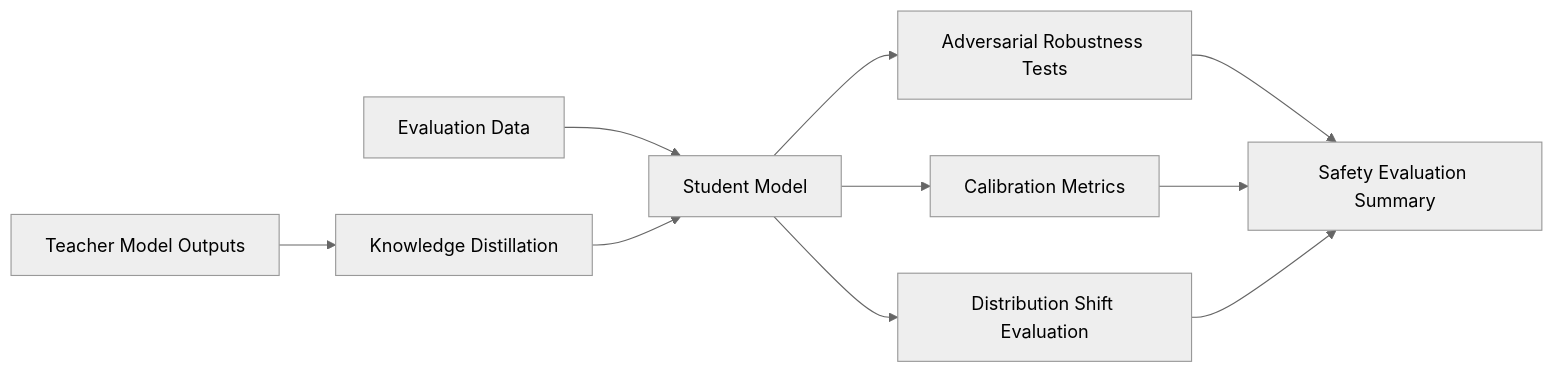
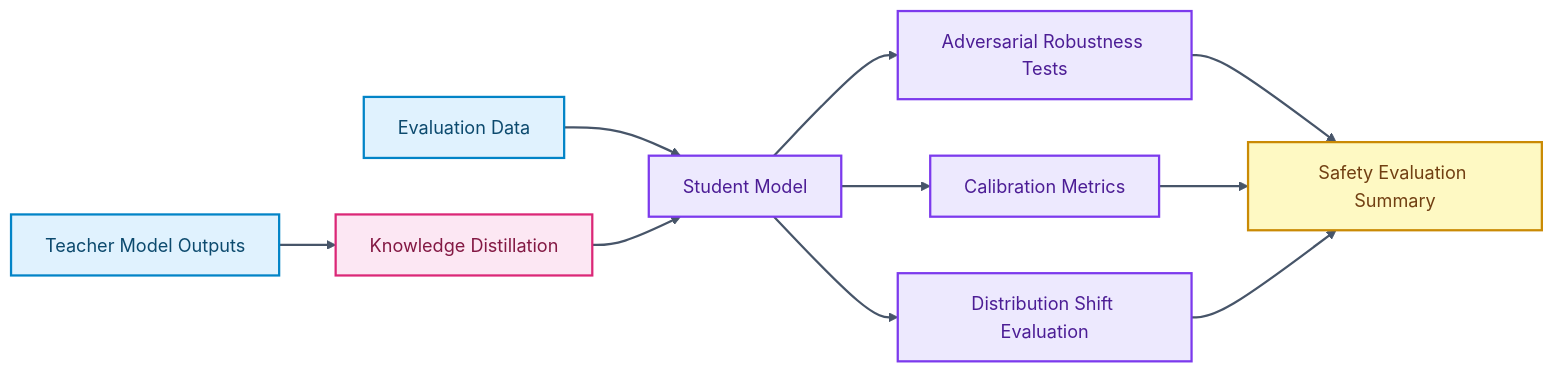
Before and after one commit to skx56/Knowledge-Distillation-Safety: the diagram in README.md, drawn with Mermaid (neutral theme).

Commit message:
Colorize README architecture diagram

````diff
--- a/README.md
+++ b/README.md
@@ -29,12 +29,23 @@
 ```mermaid
 flowchart LR
   Teacher["Teacher Model Outputs"] --> Distill["Knowledge Distillation"]
   Data["Evaluation Data"] --> Student["Student Model"]
   Distill --> Student
   Student --> Robustness["Adversarial Robustness Tests"]
   Student --> Calibration["Calibration Metrics"]
   Student --> Shift["Distribution Shift Evaluation"]
   Robustness --> Report["Safety Evaluation Summary"]
   Calibration --> Report
   Shift --> Report
+
+  classDef inputs fill:#E0F2FE,stroke:#0284C7,color:#0C4A6E,stroke-width:2px;
+  classDef process fill:#EDE9FE,stroke:#7C3AED,color:#4C1D95,stroke-width:2px;
+  classDef data fill:#CCFBF1,stroke:#0D9488,color:#134E4A,stroke-width:2px;
+  classDef agent fill:#FCE7F3,stroke:#DB2777,color:#831843,stroke-width:2px;
+  classDef output fill:#FEF9C3,stroke:#CA8A04,color:#713F12,stroke-width:2px;
+  class Teacher,Data inputs;
+  class Student,Robustness,Calibration,Shift process;
+  class Distill agent;
+  class Report output;
+  linkStyle default stroke:#475569,stroke-width:2px;
 ```
````
